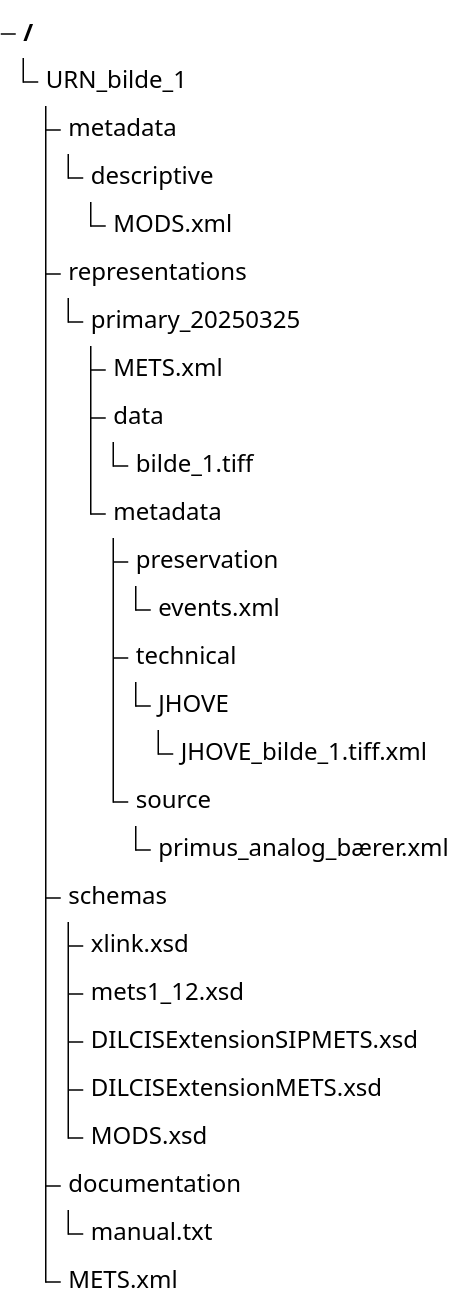
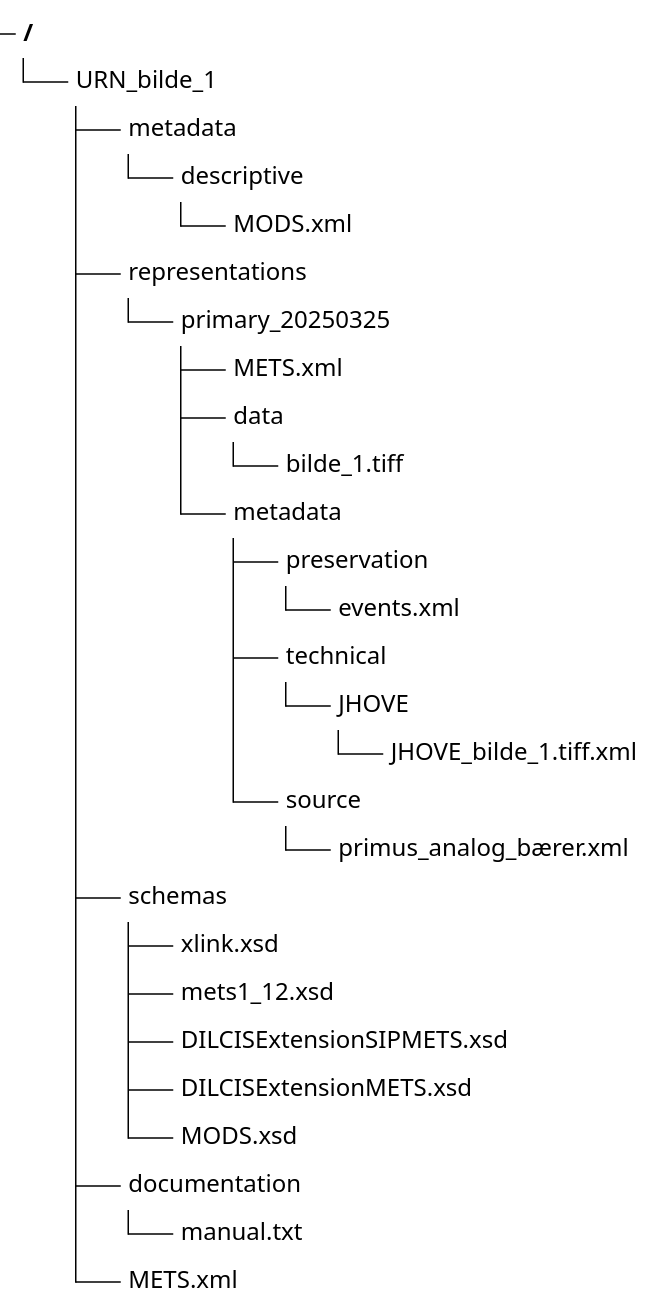
One commit to NationalLibraryOfNorway/digitalpreservation-blog.nb.no changed the diagram in content/docs/dps/sip/examples/images/index.md. Above: the diagram before and after it, drawn with Mermaid. The commit also changed 1 other file, not shown here.

Commit message:
tune mermaid styling

````diff
--- a/content/docs/dps/sip/examples/images/index.md
+++ b/content/docs/dps/sip/examples/images/index.md
@@ -8,29 +8,34 @@
 ```mermaid
+---
+config:
+    treeView:
+        rowIndent: 30
+---
 treeView-beta
     "URN_bilde_1"
         "metadata"
             "descriptive"
                 "MODS.xml"
         "representations"
             "primary_20250325"
                 "METS.xml"
                 "data"
                     "bilde_1.tiff"
                 "metadata"
                     "preservation"
                         "events.xml"
                     "technical"
                         "JHOVE"
                             "JHOVE_bilde_1.tiff.xml"
                     "source"
                         "primus_analog_bærer.xml"
         "schemas"
             "xlink.xsd"
             "mets1_12.xsd"
             "DILCISExtensionSIPMETS.xsd"
             "DILCISExtensionMETS.xsd"
             "MODS.xsd"
         "documentation"
             "manual.txt"
         "METS.xml"
 ```
````
